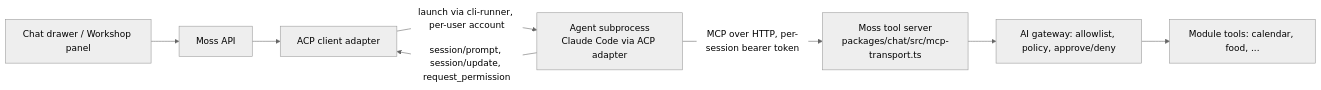
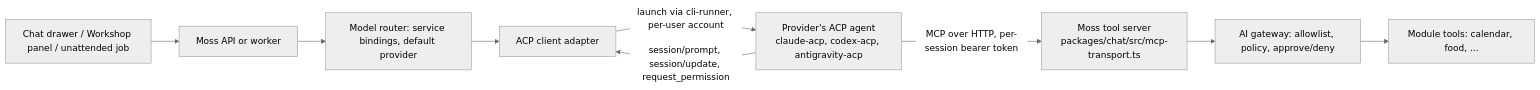
Before and after one commit to motioneso/moss: the diagram in docs/superpowers/specs/2026-09-06-acp-client-design.md, drawn with Mermaid (neutral theme). The commit also changed other lines of this file, not shown here.

First line of the commit message:
docs(acp): revise the ACP spec as the single model interface (#2423)

````diff
--- a/docs/superpowers/specs/2026-09-06-acp-client-design.md
+++ b/docs/superpowers/specs/2026-09-06-acp-client-design.md
@@ -77,10 +88,11 @@
 ```mermaid
 flowchart LR
-  UI[Chat drawer / Workshop panel] --> Moss[Moss API]
-  Moss --> Adapter[ACP client adapter]
-  Adapter -- launch via cli-runner, per-user account --> Agent[Agent subprocess<br/>Claude Code via ACP adapter]
+  UI[Chat drawer / Workshop panel / unattended job] --> Moss[Moss API or worker]
+  Moss --> Router[Model router: service bindings, default provider]
+  Router --> Adapter[ACP client adapter]
+  Adapter -- launch via cli-runner, per-user account --> Agent[Provider's ACP agent<br/>claude-acp, codex-acp, antigravity-acp]
   Agent -- session/prompt, session/update, request_permission --> Adapter
   Agent -- MCP over HTTP, per-session bearer token --> Tools[Moss tool server<br/>packages/chat/src/mcp-transport.ts]
   Tools --> Gateway[AI gateway: allowlist, policy, approve/deny]
   Gateway --> Modules[Module tools: calendar, food, ...]
 ```
````
